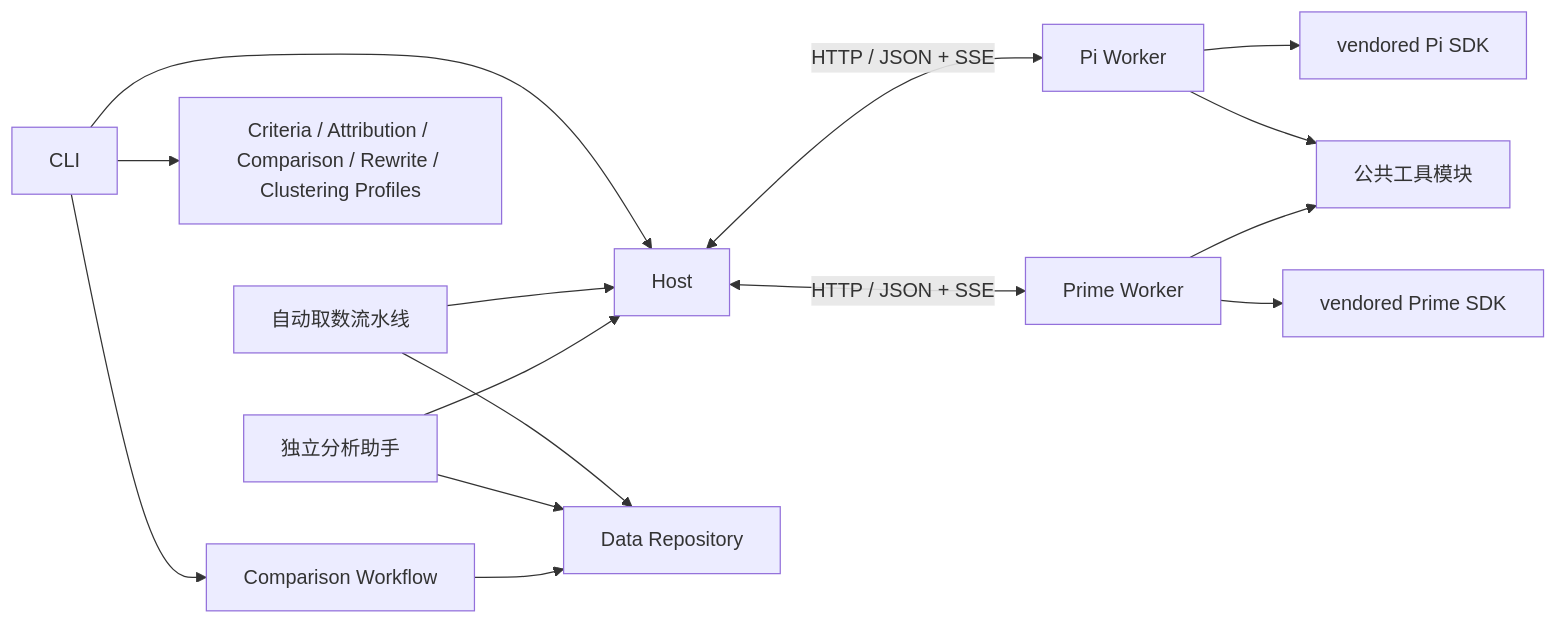
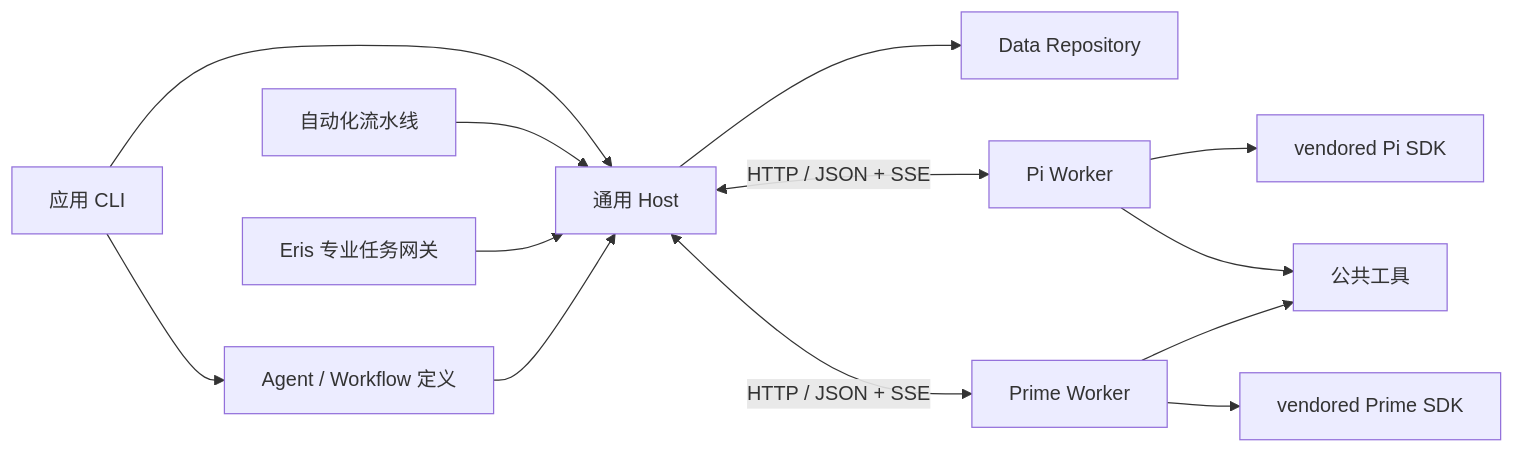
The diagram in docs/architecture.md (cmy-hhxx/agent_eval_harness), drawn with Mermaid before and after one commit. The commit also changed other lines of this file and 66 other files, not shown here.

First line of the commit message:
feat: repair submission recovery, expand Eris charts, harden dist builds

````diff
--- a/docs/architecture.md
+++ b/docs/architecture.md
@@ -9,17 +9,15 @@
 ```mermaid
 flowchart LR
-  CLI --> Host
-  Automations[自动取数流水线] --> Host
-  Automations --> Data
-  CLI --> Agents[Criteria / Attribution / Comparison / Rewrite / Clustering Profiles]
-  CLI --> Workflow[Comparison Workflow]
-  Assistant[独立分析助手] --> Host
-  Assistant --> Data[Data Repository]
-  Workflow --> Data
+  CLI[应用 CLI] --> Host[通用 Host]
+  Automations[自动化流水线] --> Host
+  Assistant[Eris 专业任务网关] --> Host
+  CLI --> Definitions[Agent / Workflow 定义]
+  Definitions --> Host
+  Host --> Data[Data Repository]
   Host <-->|HTTP / JSON + SSE| Pi[Pi Worker]
   Host <-->|HTTP / JSON + SSE| Prime[Prime Worker]
   Pi --> PiSDK[vendored Pi SDK]
   Prime --> PrimeSDK[vendored Prime SDK]
-  Pi --> Tools[公共工具模块]
+  Pi --> Tools[公共工具]
   Prime --> Tools
 ```
````
